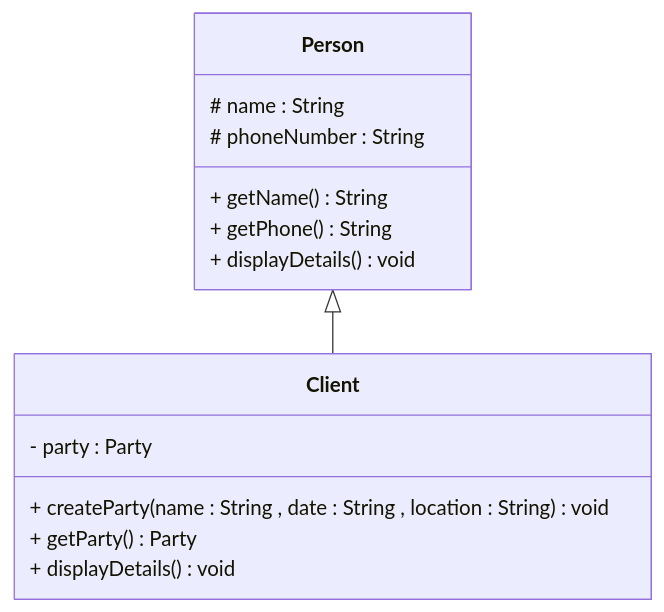
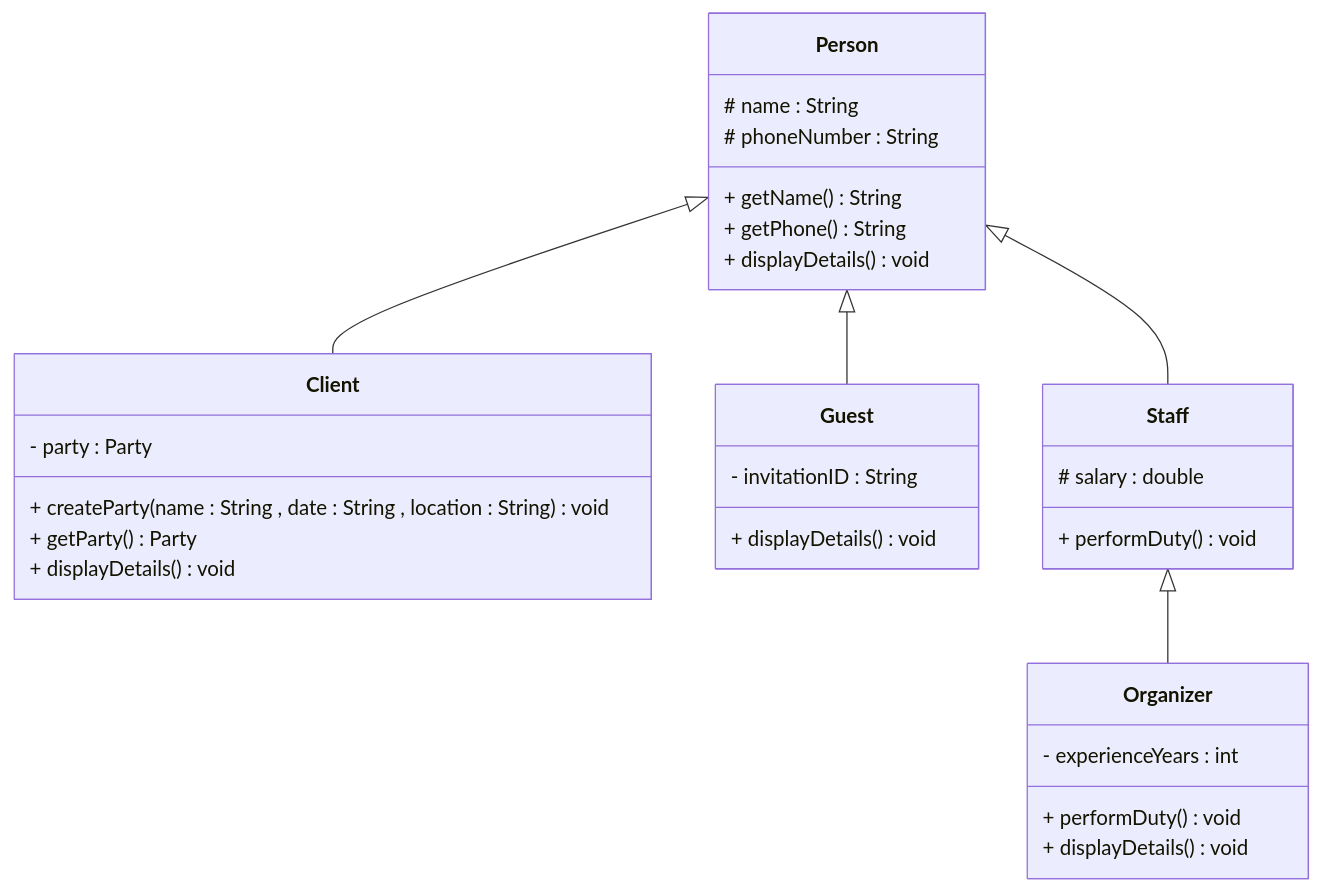
One commit to Aljawharah46/CSC113-project-P1 changed the diagram in README.md. Above: the diagram before and after it, drawn with Mermaid.

````diff
--- a/README.md
+++ b/README.md
@@ -2,19 +2,39 @@
 ```mermaid
 classDiagram
 class Person{
 # name : String
 # phoneNumber : String
 + getName() String
 + getPhone() String
 + displayDetails() void
 }
 
 class Client{
 - party : Party
 + createParty(name : String , date : String , location : String) void
 + getParty() Party
 + displayDetails() void
 }
 
+class Guest{
+- invitationID : String
++ displayDetails() void
+}
+
+class Staff{
+# salary : double
++ performDuty() void
+}
+
+class Organizer{
+- experienceYears : int
++ performDuty() void
++ displayDetails() void
+}
+
 Person <|-- Client
+Person <|-- Guest
+Person <|-- Staff
+Staff <|-- Organizer
+
 ```
````
